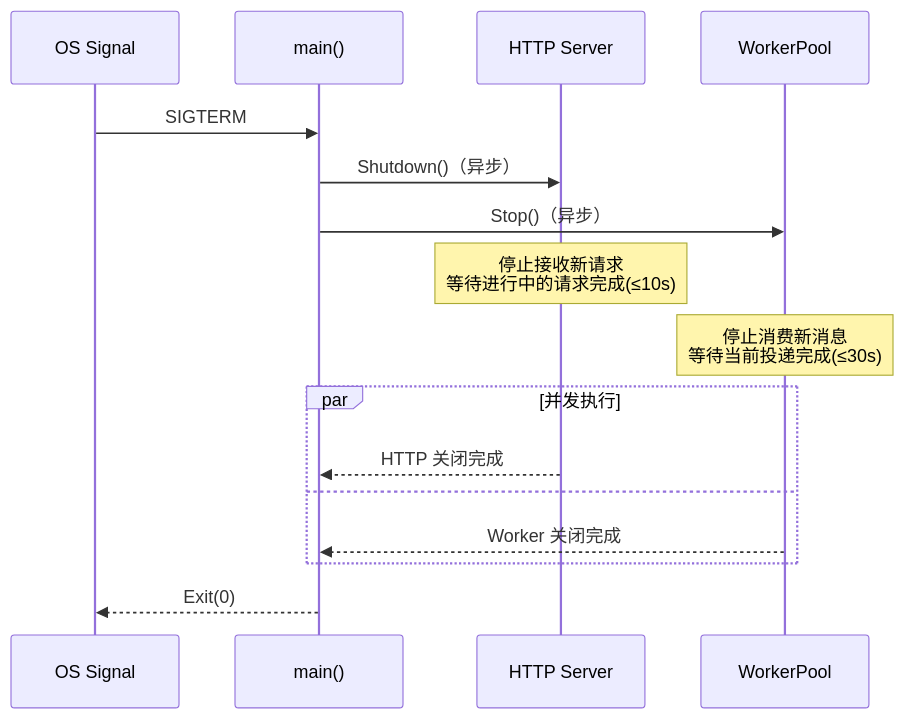
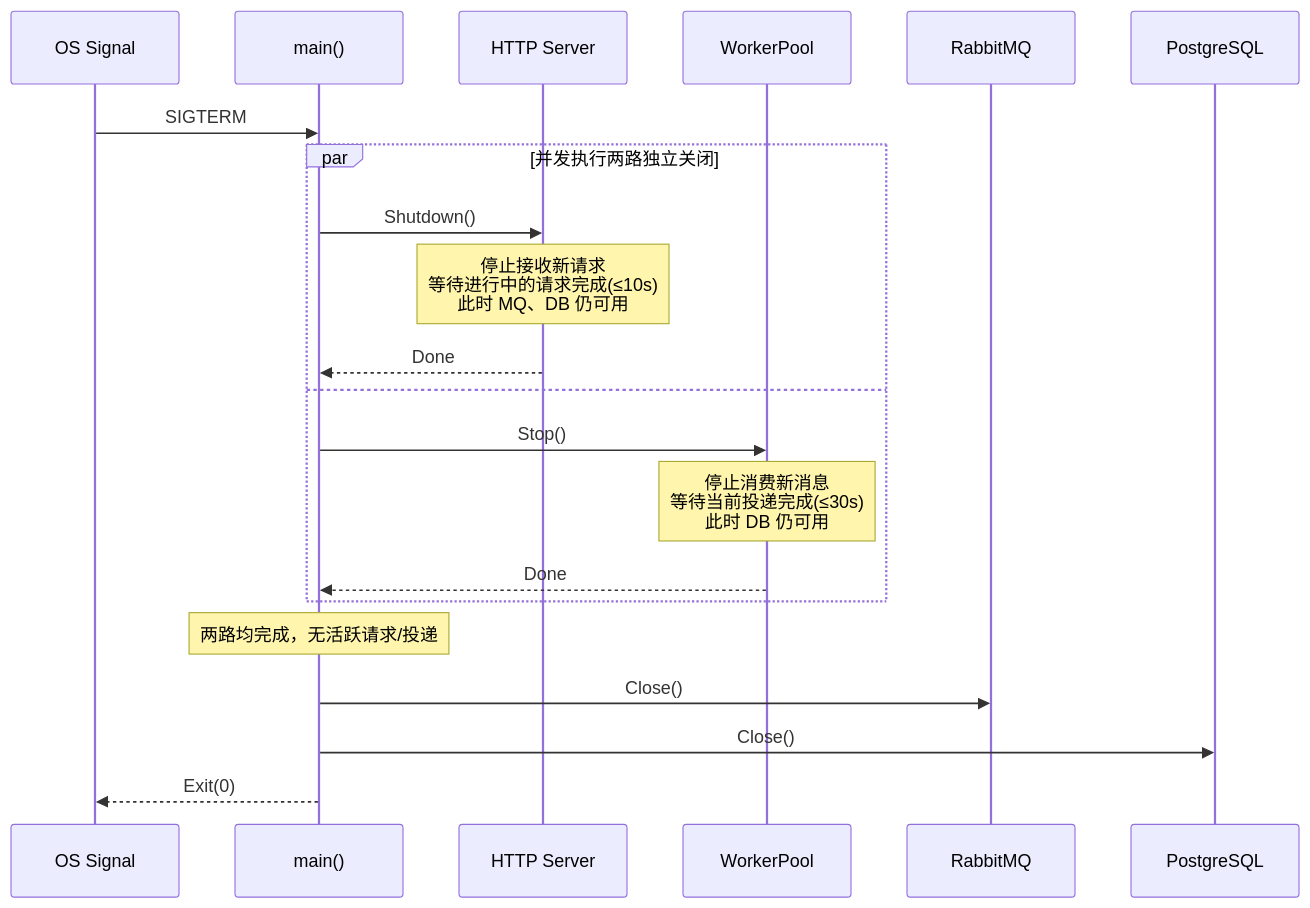
Diagram 19 of 20 in doc/requirements/202605-notification-design-dd.md (xnslong/rc_xnslong), drawn with Mermaid before and after one commit. The commit also changed other lines of this file, not shown here.

Commit message:
docs(dd): 修正优雅关闭顺序
并发关闭 HTTP 和 Worker 期间 MQ/DB 保持可用，
两路均完成后才关闭底层连接。

- 序列图：并发块内只做 HTTP Shutdown 和 WP Stop，
  汇合后再关闭 MQ 和 DB
- 伪码：增加 Step 9，mq.Close()/db.Close() 在并发块后
- 关闭保证：明确各阶段哪些连接保持可用

````diff
--- a/doc/requirements/202605-notification-design-dd.md
+++ b/doc/requirements/202605-notification-design-dd.md
@@ -1885,19 +1888,27 @@
 ```mermaid
 sequenceDiagram
     participant OS as OS Signal
     participant Main as main()
     participant HTTP as HTTP Server
     participant WP as WorkerPool
+    participant MQ as RabbitMQ
+    participant DB as PostgreSQL
 
     OS->>Main: SIGTERM
-    Main->>HTTP: Shutdown()（异步）
-    Main->>WP: Stop()（异步）
-    Note over HTTP: 停止接收新请求<br/>等待进行中的请求完成(≤10s)
-    Note over WP: 停止消费新消息<br/>等待当前投递完成(≤30s)
-    par 并发执行
-        HTTP-->>Main: HTTP 关闭完成
+
+    par 并发执行两路独立关闭
+        Main->>HTTP: Shutdown()
+        Note over HTTP: 停止接收新请求<br/>等待进行中的请求完成(≤10s)<br/>此时 MQ、DB 仍可用
+        HTTP-->>Main: Done
     and
-        WP-->>Main: Worker 关闭完成
+        Main->>WP: Stop()
+        Note over WP: 停止消费新消息<br/>等待当前投递完成(≤30s)<br/>此时 DB 仍可用
+        WP-->>Main: Done
     end
+
+    Note over Main: 两路均完成，无活跃请求/投递
+
+    Main->>MQ: Close()
+    Main->>DB: Close()
     Main-->>OS: Exit(0)
 ```
````
